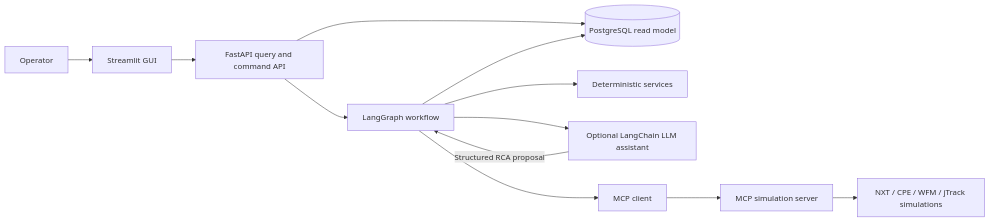
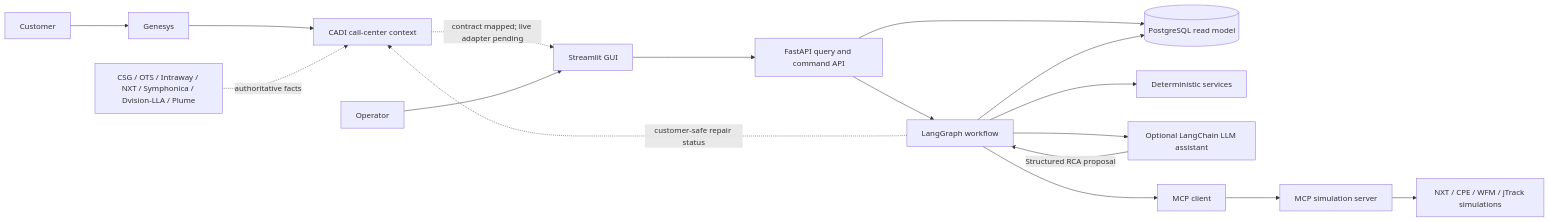
Before and after one commit to cbartosch/CPE-ServAs-light: the diagram in README.md, drawn with Mermaid. The commit also changed other lines of this file and 23 other files, not shown here.

First line of the commit message:
feat: make CADI explicit as the Genesys call-center layer

````diff
--- a/README.md
+++ b/README.md
@@ -219,14 +234,19 @@
 ```mermaid
 flowchart LR
-    U[Operator] --> UI[Streamlit GUI]
+    C[Customer] --> GX[Genesys]
+    GX --> CADI[CADI call-center context]
+    S[CSG / OTS / Intraway / NXT / Symphonica / Dvision-LLA / Plume] -. authoritative facts .-> CADI
+    CADI -. contract mapped; live adapter pending .-> UI[Streamlit GUI]
+    U[Operator] --> UI
     UI --> API[FastAPI query and command API]
     API --> DB[(PostgreSQL read model)]
     API --> G[LangGraph workflow]
     G --> D[Deterministic services]
     G --> L[Optional LangChain LLM assistant]
     L -->|Structured RCA proposal| G
     G --> M[MCP client]
     M --> MS[MCP simulation server]
     MS --> N[NXT / CPE / WFM / jTrack simulations]
     G --> DB
+    G -. customer-safe repair status .-> CADI
 ```
````
